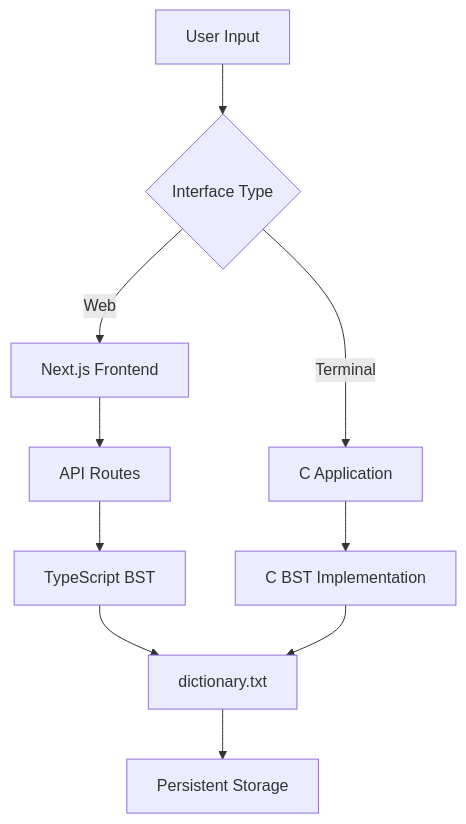
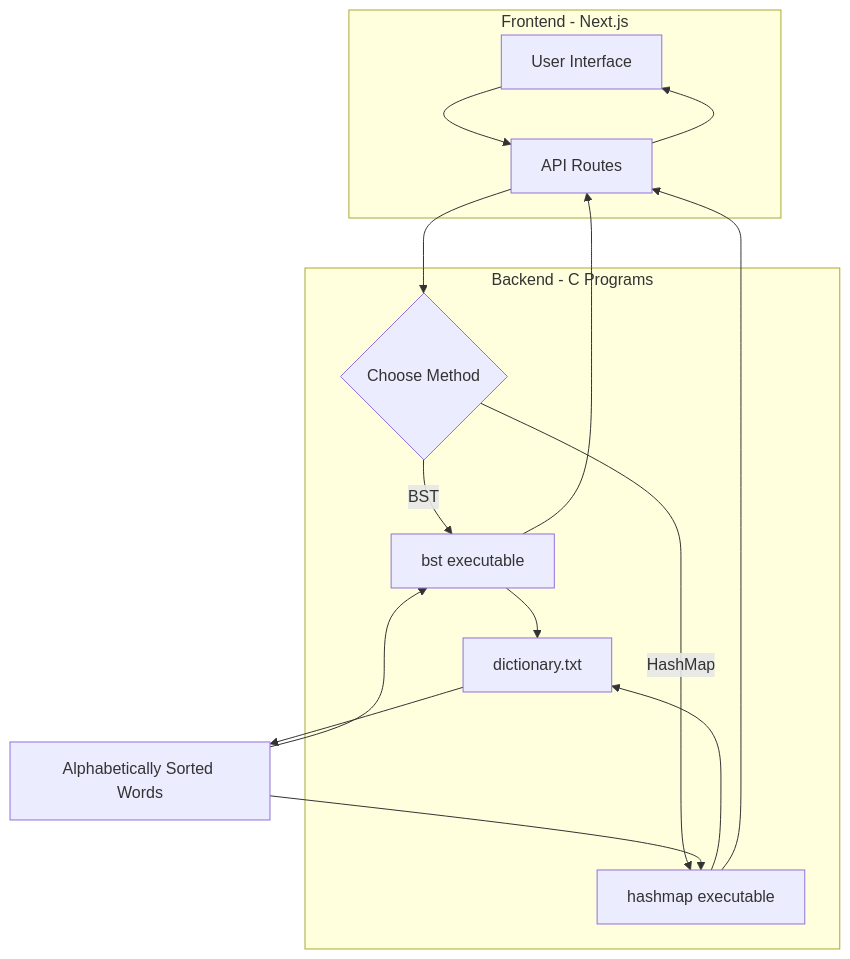
Before and after one commit to Anubhavick/Dictionary-spell-checker: the first of 4 diagrams in README.md, drawn with Mermaid. The commit also changed other lines of this file and 22 other files, not shown here.

````diff
--- a/README.md
+++ b/README.md
@@ -82,12 +130,21 @@
 ```mermaid
 graph TB
-    A[User Input] --> B{Interface Type}
-    B -->|Terminal| C[C Application]
-    B -->|Web| D[Next.js Frontend]
-    D --> E[API Routes]
-    E --> F[TypeScript BST]
-    C --> G[C BST Implementation]
-    F --> H[dictionary.txt]
-    G --> H
-    H --> I[Persistent Storage]
+    subgraph "Frontend - Next.js"
+        A[User Interface] --> B[API Routes]
+    end
+    
+    subgraph "Backend - C Programs"
+        B --> C{Choose Method}
+        C -->|BST| D[bst executable]
+        C -->|HashMap| E[hashmap executable]
+        D --> F[dictionary.txt]
+        E --> F
+    end
+    
+    F --> G[Alphabetically Sorted Words]
+    G --> D
+    G --> E
+    E --> B
+    D --> B
+    B --> A
 ```
````
